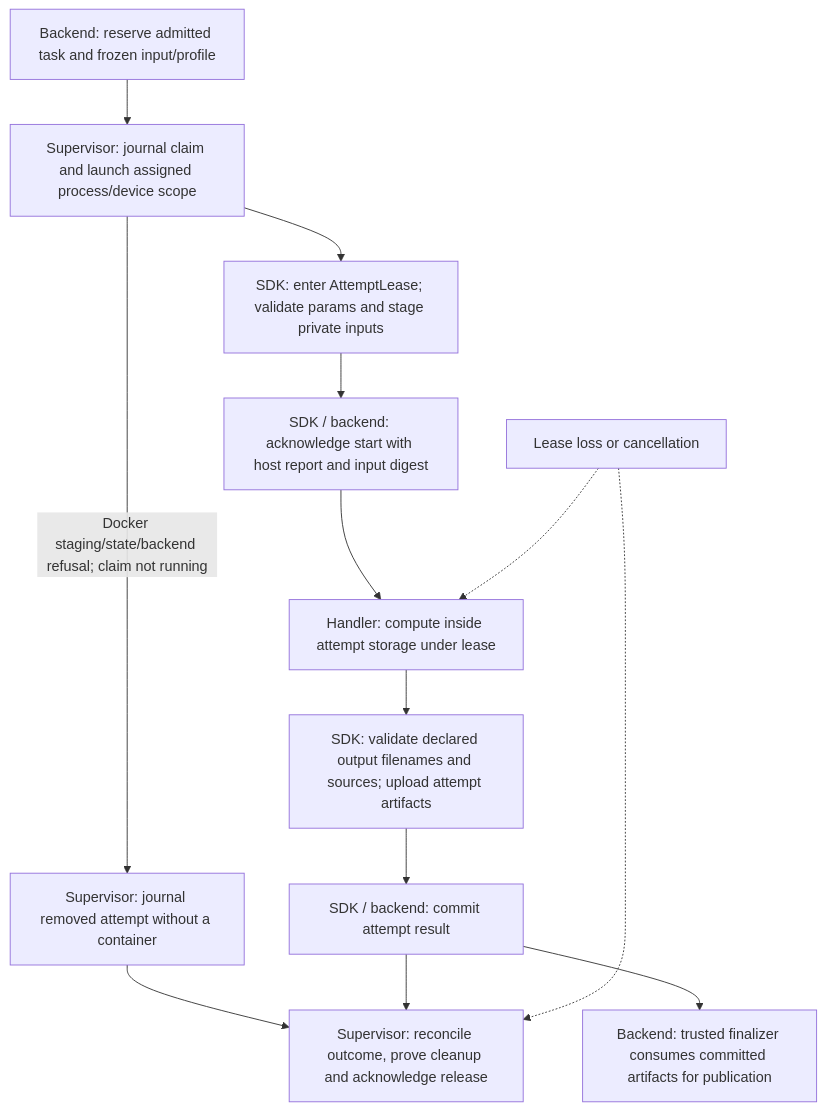
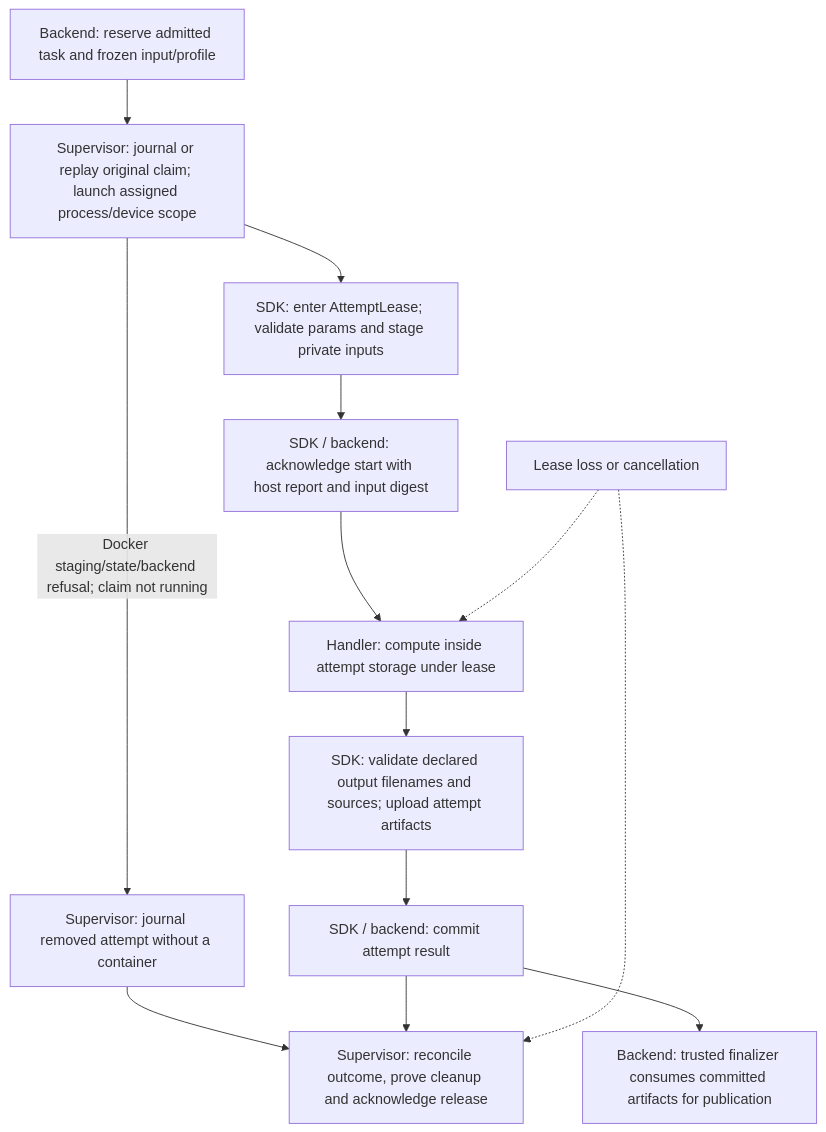
One commit to SyngularXR/task-worker-api changed the second of 2 diagrams in docs/fleet/workflow-standard.md. Above: the diagram before and after it, drawn with Mermaid. The commit also changed other lines of this file and 3 other files, not shown here.

Commit message:
fix: replay pending claims after task types change (#170)

````diff
--- a/docs/fleet/workflow-standard.md
+++ b/docs/fleet/workflow-standard.md
@@ -101,15 +101,15 @@
 ```mermaid
 flowchart TD
-    backend["Backend: reserve admitted task and frozen input/profile"] --> supervisor["Supervisor: journal claim and launch assigned process/device scope"]
+    backend["Backend: reserve admitted task and frozen input/profile"] --> supervisor["Supervisor: journal or replay original claim; launch assigned process/device scope"]
     supervisor --> stage["SDK: enter AttemptLease; validate params and stage private inputs"]
     supervisor -->|Docker staging/state/backend refusal; claim not running| refused["Supervisor: journal removed attempt without a container"]
     refused --> reconcile
     stage --> start["SDK / backend: acknowledge start with host report and input digest"]
     start --> handler["Handler: compute inside attempt storage under lease"]
     handler --> outputs["SDK: validate declared output filenames and sources; upload attempt artifacts"]
     outputs --> commit["SDK / backend: commit attempt result"]
     commit --> reconcile["Supervisor: reconcile outcome, prove cleanup and acknowledge release"]
     commit --> finalizer["Backend: trusted finalizer consumes committed artifacts for publication"]
     cancel["Lease loss or cancellation"] -.-> handler
     cancel -.-> reconcile
 ```
````
